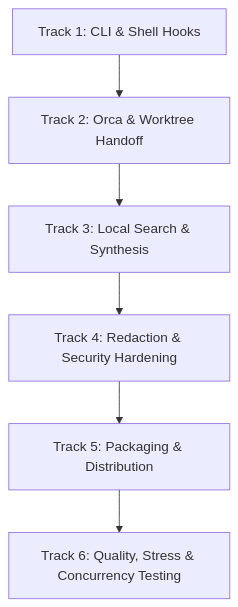
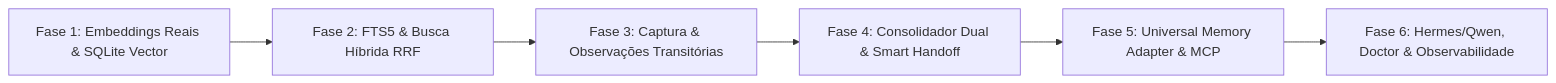
One commit to leninejunior/engrene-memory-bridge changed the diagram in ROADMAP.md. Above: the diagram before and after it, drawn with Mermaid. The commit also changed other lines of this file and 25 other files, not shown here.

Commit message:
feat: evolve Memory Bridge to Universal Memory Adapter with hybrid search, observations, MCP, and Hermes/Qwen support

````diff
--- a/ROADMAP.md
+++ b/ROADMAP.md
@@ -9,8 +18,8 @@
 ```mermaid
-flowchart TD
-    M1["Track 1: CLI & Shell Hooks"] --> M2["Track 2: Orca & Worktree Handoff"]
-    M2 --> M3["Track 3: Local Search & Synthesis"]
-    M3 --> M4["Track 4: Redaction & Security Hardening"]
-    M4 --> M5["Track 5: Packaging & Distribution"]
-    M5 --> M6["Track 6: Quality, Stress & Concurrency Testing"]
+flowchart LR
+    P1["Fase 1: Embeddings Reais & SQLite Vector"] --> P2["Fase 2: FTS5 & Busca Híbrida RRF"]
+    P2 --> P3["Fase 3: Captura & Observações Transitórias"]
+    P3 --> P4["Fase 4: Consolidador Dual & Smart Handoff"]
+    P4 --> P5["Fase 5: Universal Memory Adapter & MCP"]
+    P5 --> P6["Fase 6: Hermes/Qwen, Doctor & Observabilidade"]
 ```
````
